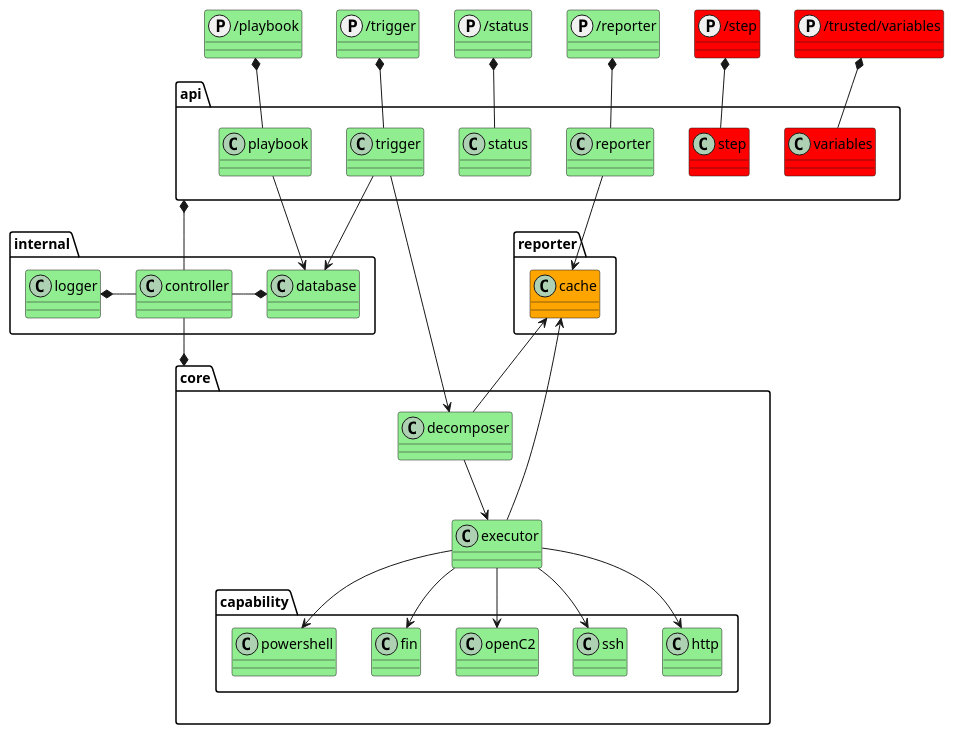
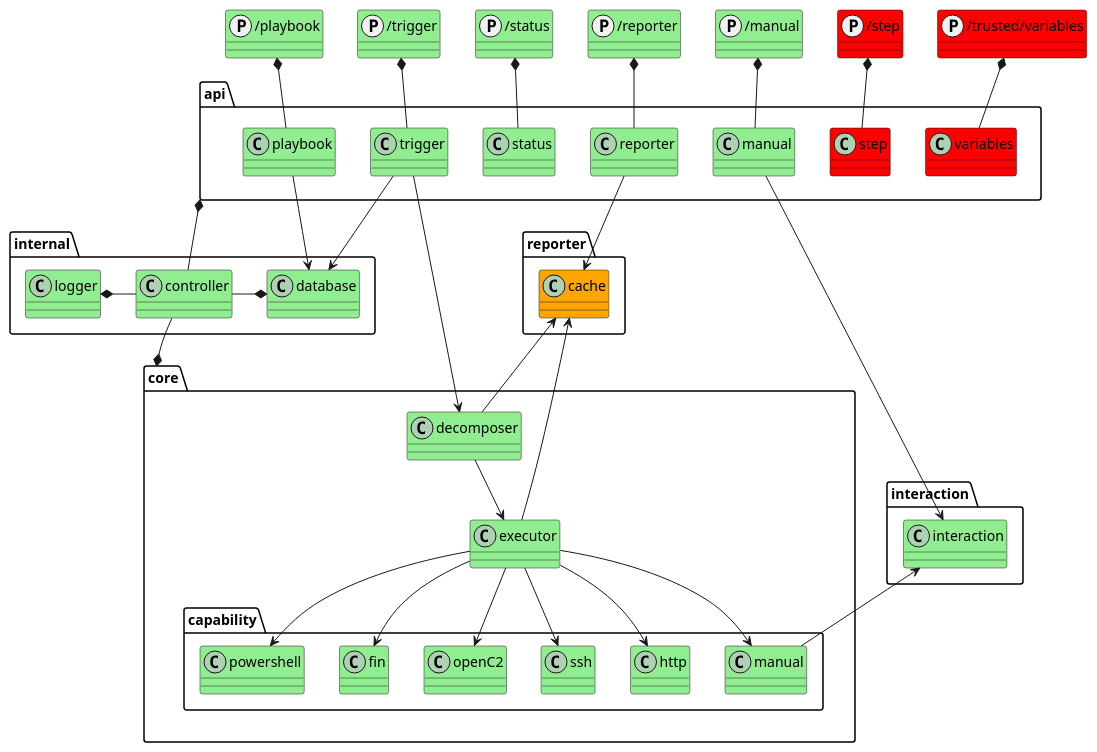
The first of 4 diagrams in docs/content/en/docs/core-components/soarca-application-design.md (COSSAS/SOARCA), drawn with PlantUML before and after one commit.

Commit message:
Updated SOARCA application design diagram

````diff
--- a/docs/content/en/docs/core-components/soarca-application-design.md
+++ b/docs/content/en/docs/core-components/soarca-application-design.md
@@ -23,63 +23,68 @@
 ```plantuml
 @startuml
 set separator ::
 
 protocol /playbook #lightgreen
 protocol /trigger #lightgreen
 protocol /status #lightgreen
 protocol /reporter #lightgreen
+protocol /manual #lightgreen
 protocol /step #red
 protocol /trusted/variables #red
 
+class reporter::cache #orange
+class core::decomposer #lightgreen
+class core::executor  #lightgreen
+class interaction::interaction  #lightgreen
 class internal::controller  #lightgreen
 class internal::database  #lightgreen
 class internal::logger  #lightgreen
-class core::decomposer #lightgreen
-class core::executor  #lightgreen
 class api::playbook #lightgreen
 class api::trigger #lightgreen
+class core::capability::manual #lightgreen
 class core::capability::http #lightgreen
 class core::capability::ssh #lightgreen
 class core::capability::openC2 #lightgreen
 class core::capability::fin #lightgreen
 class core::capability::powershell #lightgreen
 class api::status #lightgreen
 class api::reporter #lightgreen
-
+class api::manual #lightgreen
 class api::step #red
 class api::variables #red
 
-class api::reporter #lightgreen
-
-class reporter::cache #orange
 
 
 "/step" *-- api::step 
 "/playbook" *-- api::playbook
 "/trigger" *-- api::trigger
 "/status" *-- api::status
 "/reporter" *-- api::reporter
+"/manual" *-- api::manual
 "/trusted/variables" *-- api::variables
 
-api *-down- controller
-controller -* database
-logger *- controller
-controller -down-* core
+api *-down- internal::controller
+internal::controller -* database
+logger *- internal::controller
+internal::controller -down-* core
 
 api::reporter -down-> reporter::cache
 
 reporter::cache <-- core::decomposer
 reporter::cache <-- core::executor
 
 api::playbook --> internal::database
 api::trigger --> core::decomposer
 api::trigger --> internal::database
+api::manual --> interaction::interaction
 
 core::decomposer -down-> core::executor
 core::executor --> core::capability::openC2
 core::executor --> core::capability::fin
 core::executor --> core::capability::http
 core::executor --> core::capability::ssh
 core::executor --> core::capability::powershell
+core::executor --> core::capability::manual
+interaction::interaction <-- core::capability::manual
 @enduml
 ```
````
